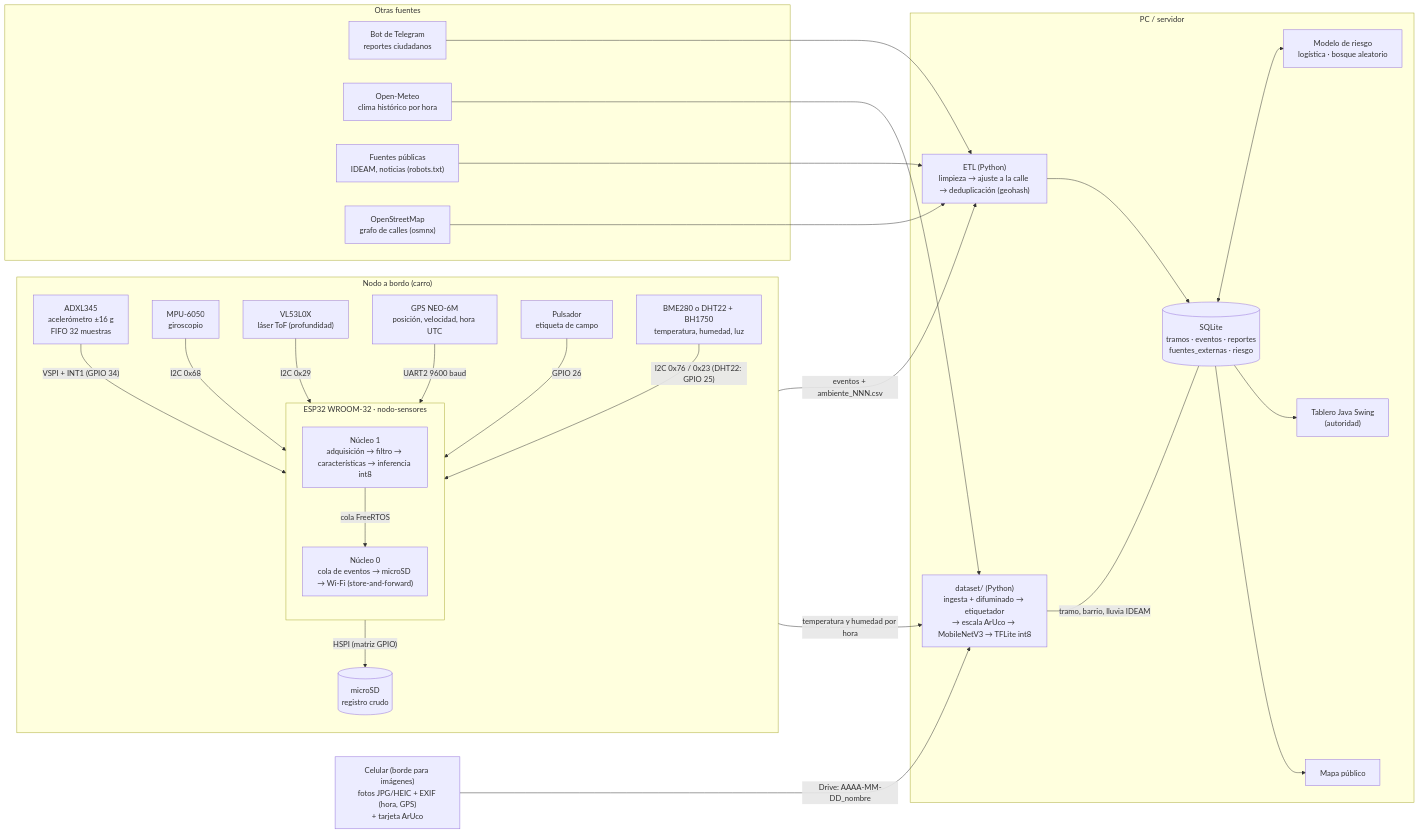
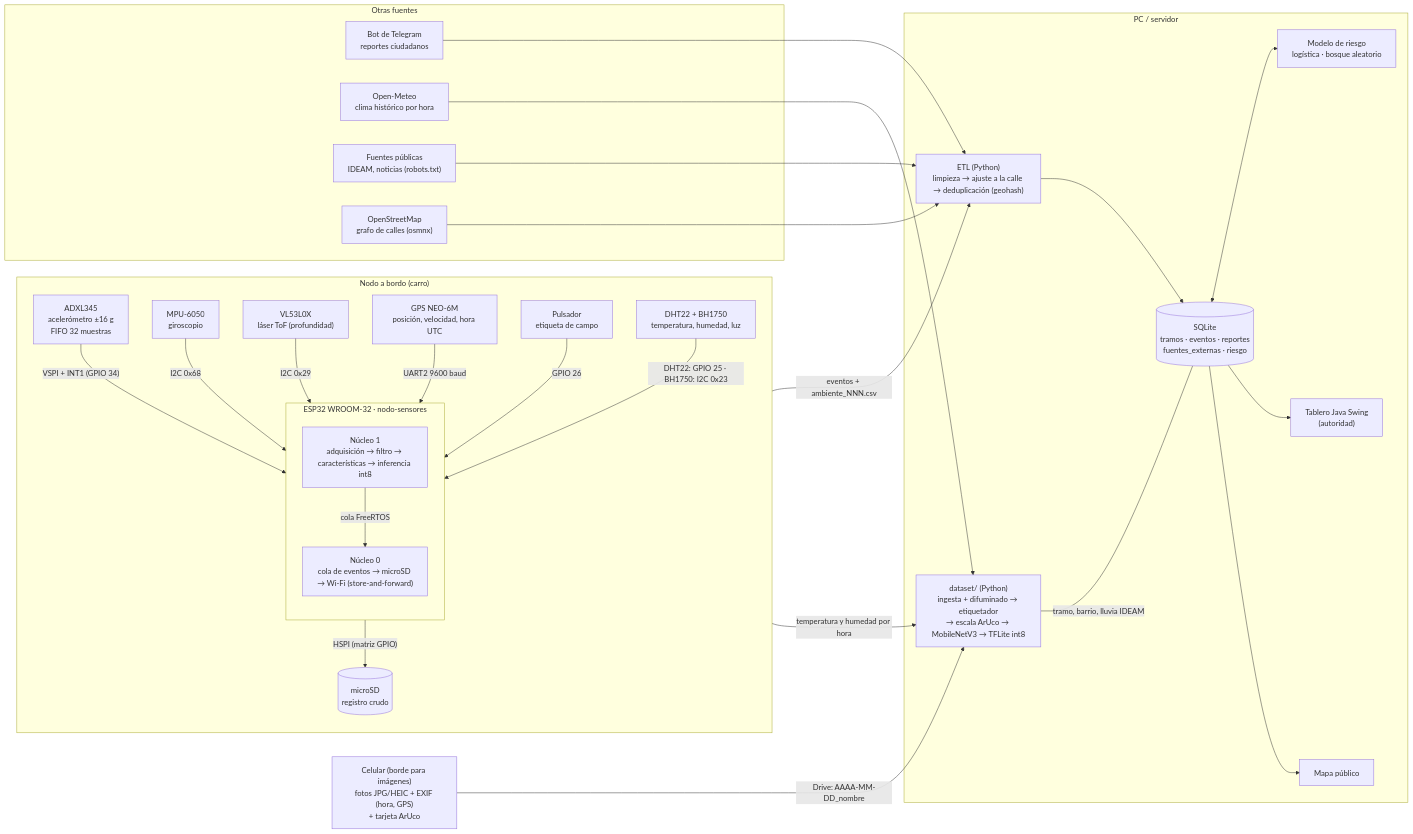
Before and after one commit to via-viva-usta/via-viva: the first of 3 diagrams in docs/diagramas/01_arquitectura.md, drawn with Mermaid. The commit also changed 6 other files, not shown here.

````diff
--- a/docs/diagramas/01_arquitectura.md
+++ b/docs/diagramas/01_arquitectura.md
@@ -7,57 +7,57 @@
 ```mermaid
 flowchart LR
     subgraph NODO["Nodo a bordo (carro)"]
         direction TB
         subgraph S3["ESP32 WROOM-32 · nodo-sensores"]
             direction TB
             C1["Núcleo 1<br/>adquisición → filtro → características → inferencia int8"]
             C0["Núcleo 0<br/>cola de eventos → microSD → Wi-Fi (store-and-forward)"]
             C1 -- "cola FreeRTOS" --> C0
         end
         ADXL["ADXL345<br/>acelerómetro ±16 g<br/>FIFO 32 muestras"]
         MPU["MPU-6050<br/>giroscopio"]
         TOF["VL53L0X<br/>láser ToF (profundidad)"]
         GPS["GPS NEO-6M<br/>posición, velocidad, hora UTC"]
         SD[("microSD<br/>registro crudo")]
         BTN["Pulsador<br/>etiqueta de campo"]
-        AMB["BME280 o DHT22 + BH1750<br/>temperatura, humedad, luz"]
+        AMB["DHT22 + BH1750<br/>temperatura, humedad, luz"]
 
         ADXL -- "VSPI + INT1 (GPIO 34)" --> S3
         MPU -- "I2C 0x68" --> S3
         TOF -- "I2C 0x29" --> S3
         GPS -- "UART2 9600 baud" --> S3
         S3 -- "HSPI (matriz GPIO)" --> SD
         BTN -- "GPIO 26" --> S3
-        AMB -- "I2C 0x76 / 0x23 (DHT22: GPIO 25)" --> S3
+        AMB -- "DHT22: GPIO 25 · BH1750: I2C 0x23" --> S3
     end
     CEL["Celular (borde para imágenes)<br/>fotos JPG/HEIC + EXIF (hora, GPS)<br/>+ tarjeta ArUco"]
 
     subgraph FUENTES["Otras fuentes"]
         BOT["Bot de Telegram<br/>reportes ciudadanos"]
         API["Open-Meteo<br/>clima histórico por hora"]
         WEB["Fuentes públicas<br/>IDEAM, noticias (robots.txt)"]
         OSM["OpenStreetMap<br/>grafo de calles (osmnx)"]
     end
 
     subgraph SERVIDOR["PC / servidor"]
         ETL["ETL (Python)<br/>limpieza → ajuste a la calle → deduplicación (geohash)"]
         DS["dataset/ (Python)<br/>ingesta + difuminado → etiquetador<br/>→ escala ArUco → MobileNetV3 → TFLite int8"]
         DB[("SQLite<br/>tramos · eventos · reportes<br/>fuentes_externas · riesgo")]
         RISK["Modelo de riesgo<br/>logística · bosque aleatorio"]
         DASH["Tablero Java Swing<br/>(autoridad)"]
         MAPA["Mapa público"]
     end
 
     NODO -- "eventos + ambiente_NNN.csv" --> ETL
     NODO -- "temperatura y humedad por hora" --> DS
     CEL -- "Drive: AAAA-MM-DD_nombre" --> DS
     API --> DS
     DS -- "tramo, barrio, lluvia IDEAM" --- DB
     BOT --> ETL
     WEB --> ETL
     OSM --> ETL
     ETL --> DB
     DB <--> RISK
     DB --> DASH
     DB --> MAPA
 ```
````
